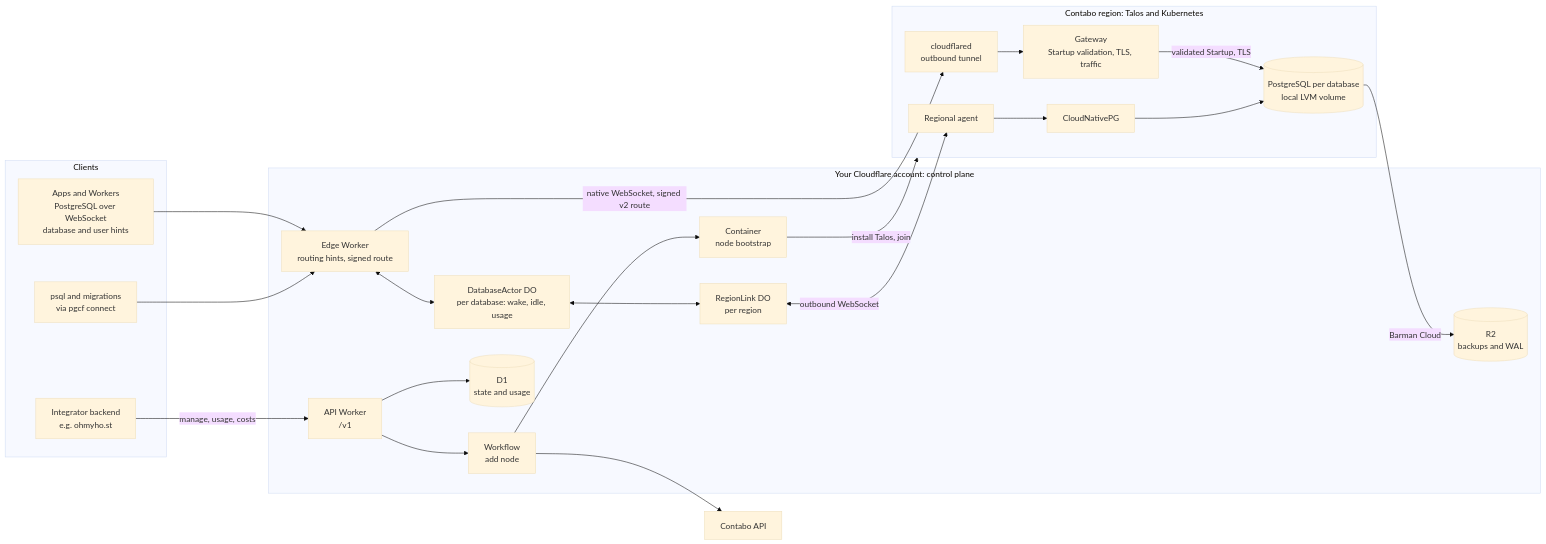
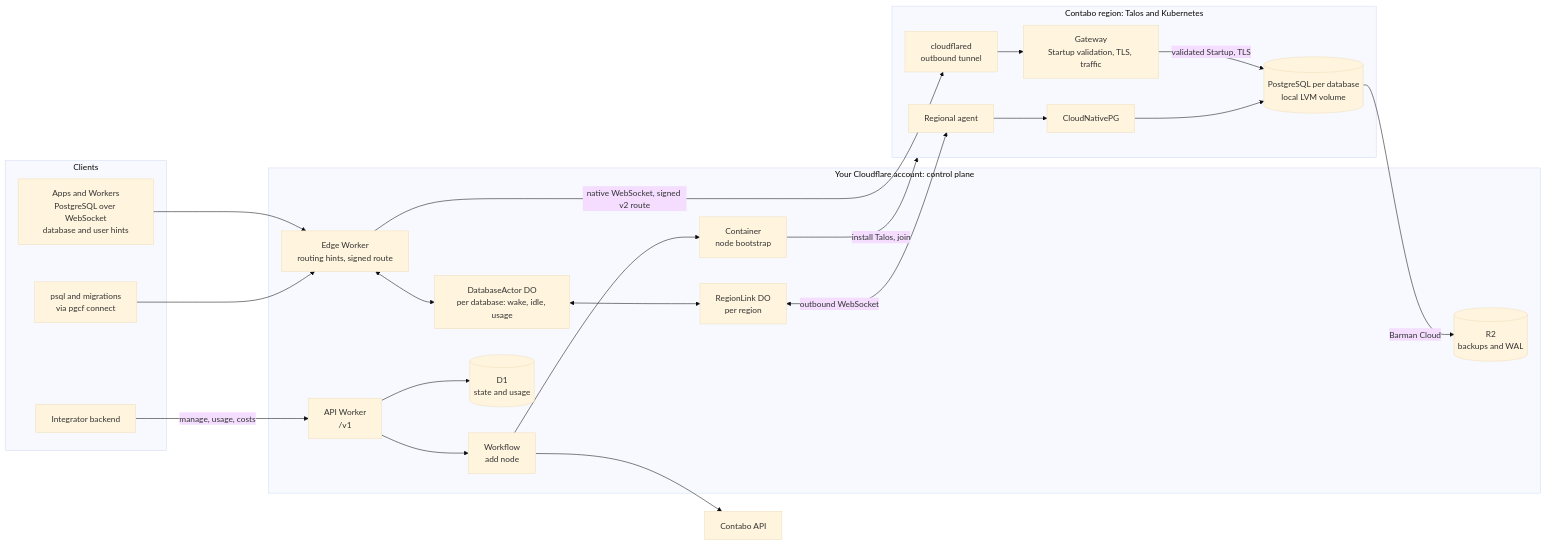
Before and after one commit to amerged-org/cloudflare-postgres: the first of 2 diagrams in README.md, drawn with Mermaid (base theme). The commit also changed other lines of this file and 4 other files, not shown here.

````diff
--- a/README.md
+++ b/README.md
@@ -135,47 +138,47 @@
 ```mermaid
 flowchart LR
   subgraph Clients
     App["Apps and Workers<br/>PostgreSQL over WebSocket<br/>database and user hints"]
     Tools["psql and migrations<br/>via pgcf connect"]
-    Integrator["Integrator backend<br/>e.g. ohmyho.st"]
+    Integrator["Integrator backend"]
   end
 
   subgraph CF["Your Cloudflare account: control plane"]
     Edge["Edge Worker<br/>routing hints, signed route"]
     API["API Worker<br/>/v1"]
     DBA["DatabaseActor DO<br/>per database: wake, idle, usage"]
     RL["RegionLink DO<br/>per region"]
     WF["Workflow<br/>add node"]
     D1[("D1<br/>state and usage")]
     R2[("R2<br/>backups and WAL")]
     Boot["Container<br/>node bootstrap"]
   end
 
   subgraph Region["Contabo region: Talos and Kubernetes"]
     CFD["cloudflared<br/>outbound tunnel"]
     GW["Gateway<br/>Startup validation, TLS, traffic"]
     Agent["Regional agent"]
     CNPG["CloudNativePG"]
     PG[("PostgreSQL per database<br/>local LVM volume")]
   end
 
   Contabo["Contabo API"]
 
   App --> Edge
   Tools --> Edge
   Integrator -->|"manage, usage, costs"| API
   Edge <--> DBA
   Edge -->|"native WebSocket, signed v2 route"| CFD
   CFD --> GW
   GW -->|"validated Startup, TLS"| PG
   API --> D1
   API --> WF
   DBA <--> RL
   RL <-->|"outbound WebSocket"| Agent
   Agent --> CNPG
   CNPG --> PG
   PG -->|"Barman Cloud"| R2
   WF --> Contabo
   WF --> Boot
   Boot -->|"install Talos, join"| Region
 ```
````
